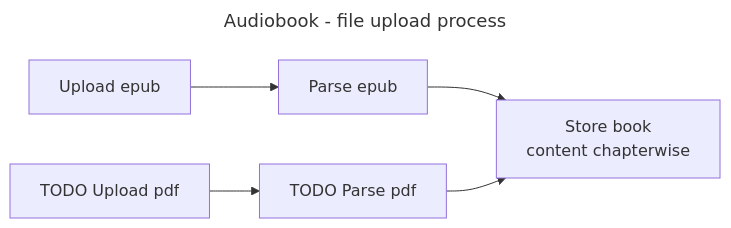
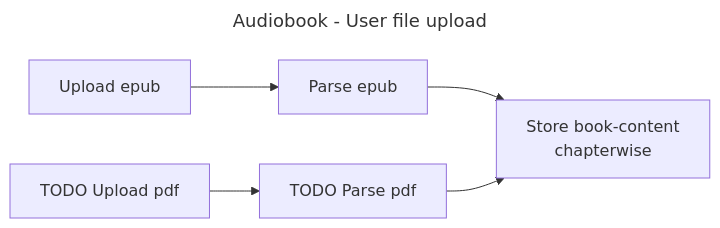
Before and after one commit to BurnySc2/monorepo: the second of 3 diagrams in fastapi_server/routes/README.md, drawn with Mermaid. The commit also changed other lines of this file and 9 other files, not shown here.

````diff
--- a/fastapi_server/routes/README.md
+++ b/fastapi_server/routes/README.md
@@ -14,10 +14,10 @@
 ```mermaid
 ---
-title: Audiobook - file upload process
+title: Audiobook - User file upload
 ---
 graph LR;
     A[Upload epub]-->B[Parse epub];
-    B-->C[Store book \n content chapterwise];
+    B-->C[Store book-content \n chapterwise];
     D[TODO Upload pdf]-->E[TODO Parse pdf];
     E-->C;
 ```
````
